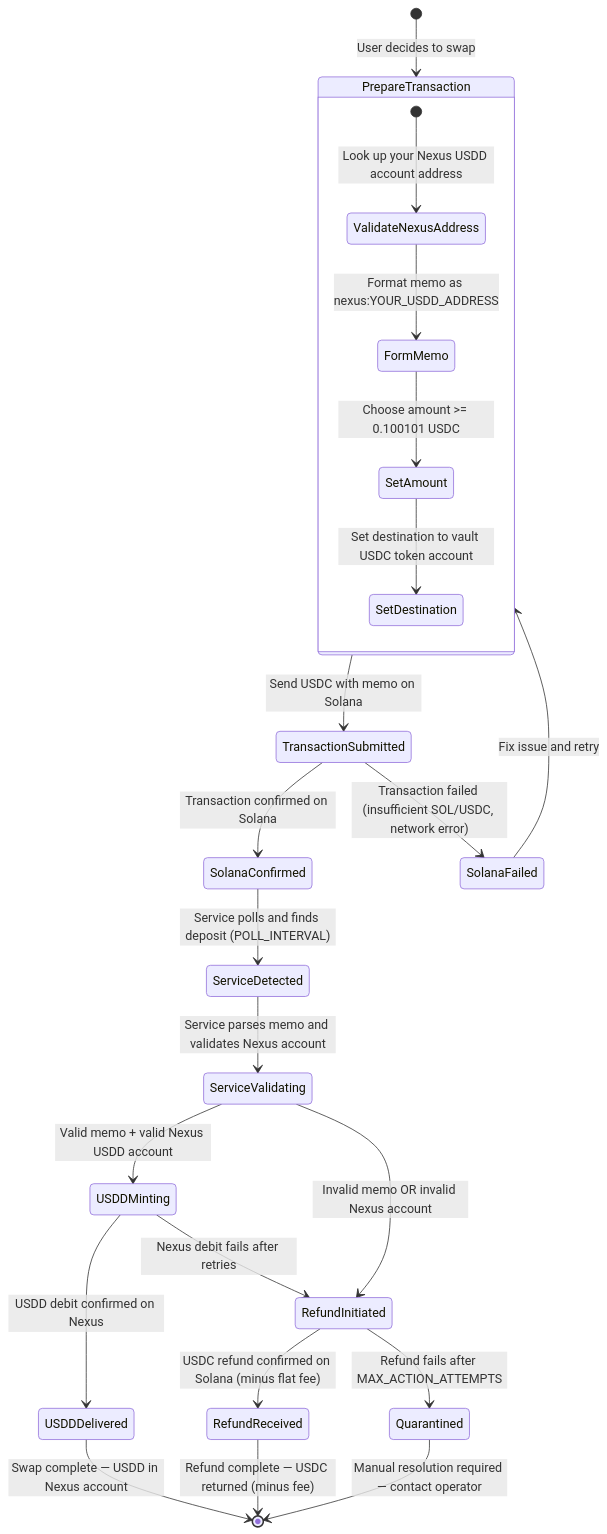
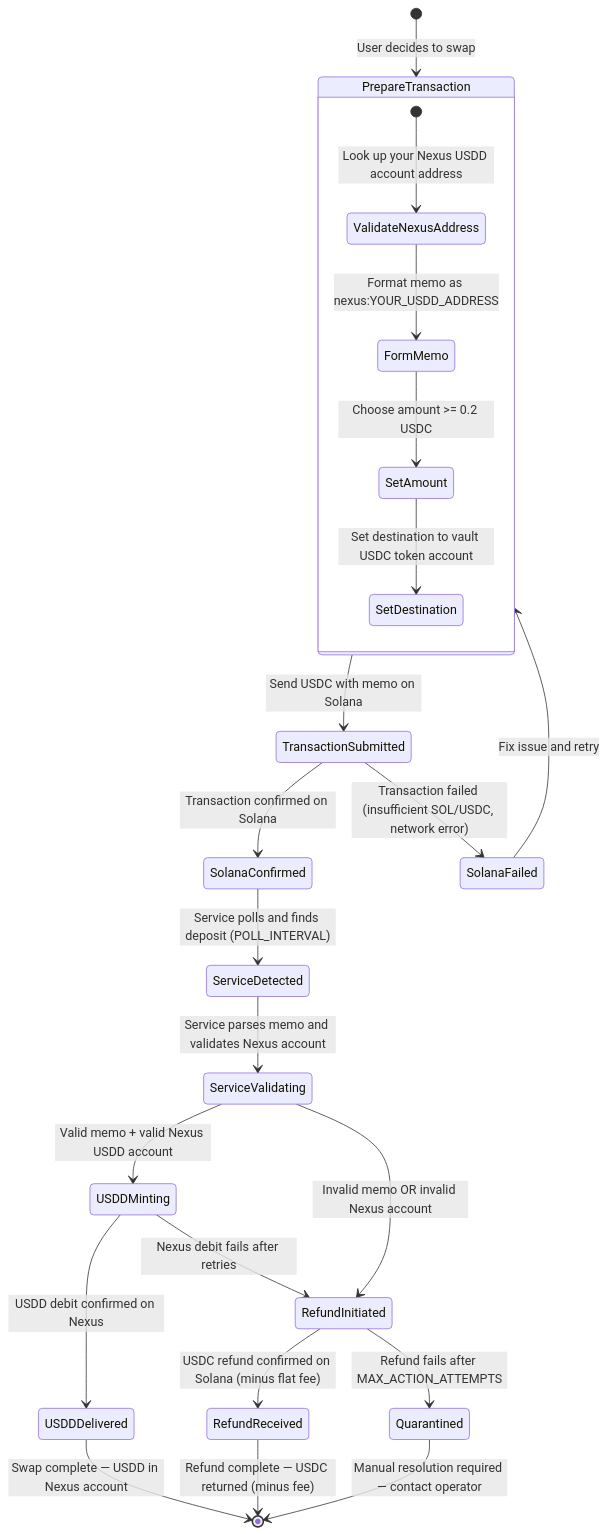
One commit to AkstonCap/swapService changed the first of 2 diagrams in SWAP_INITIATOR_STATE_MACHINES.md. Above: the diagram before and after it, drawn with Mermaid. The commit also changed other lines of this file and 7 other files, not shown here.

First line of the commit message:
Align docs and state-machine diagrams with actual code behaviour

````diff
--- a/SWAP_INITIATOR_STATE_MACHINES.md
+++ b/SWAP_INITIATOR_STATE_MACHINES.md
@@ -20,34 +20,34 @@
 ```mermaid
 stateDiagram-v2
     [*] --> PrepareTransaction : User decides to swap
 
     state PrepareTransaction {
         [*] --> ValidateNexusAddress : Look up your Nexus USDD account address
         ValidateNexusAddress --> FormMemo : Format memo as nexus:YOUR_USDD_ADDRESS
-        FormMemo --> SetAmount : Choose amount >= 0.100101 USDC
+        FormMemo --> SetAmount : Choose amount >= 0.2 USDC
         SetAmount --> SetDestination : Set destination to vault USDC token account
     }
 
     PrepareTransaction --> TransactionSubmitted : Send USDC with memo on Solana
 
     TransactionSubmitted --> SolanaConfirmed : Transaction confirmed on Solana
     TransactionSubmitted --> SolanaFailed : Transaction failed (insufficient SOL/USDC, network error)
 
     SolanaFailed --> PrepareTransaction : Fix issue and retry
 
     SolanaConfirmed --> ServiceDetected : Service polls and finds deposit (POLL_INTERVAL)
     ServiceDetected --> ServiceValidating : Service parses memo and validates Nexus account
 
     ServiceValidating --> USDDMinting : Valid memo + valid Nexus USDD account
     ServiceValidating --> RefundInitiated : Invalid memo OR invalid Nexus account
 
     USDDMinting --> USDDDelivered : USDD debit confirmed on Nexus
     USDDMinting --> RefundInitiated : Nexus debit fails after retries
 
     RefundInitiated --> RefundReceived : USDC refund confirmed on Solana (minus flat fee)
     RefundInitiated --> Quarantined : Refund fails after MAX_ACTION_ATTEMPTS
 
     USDDDelivered --> [*] : Swap complete — USDD in Nexus account
     RefundReceived --> [*] : Refund complete — USDC returned (minus fee)
     Quarantined --> [*] : Manual resolution required — contact operator
 ```
````
